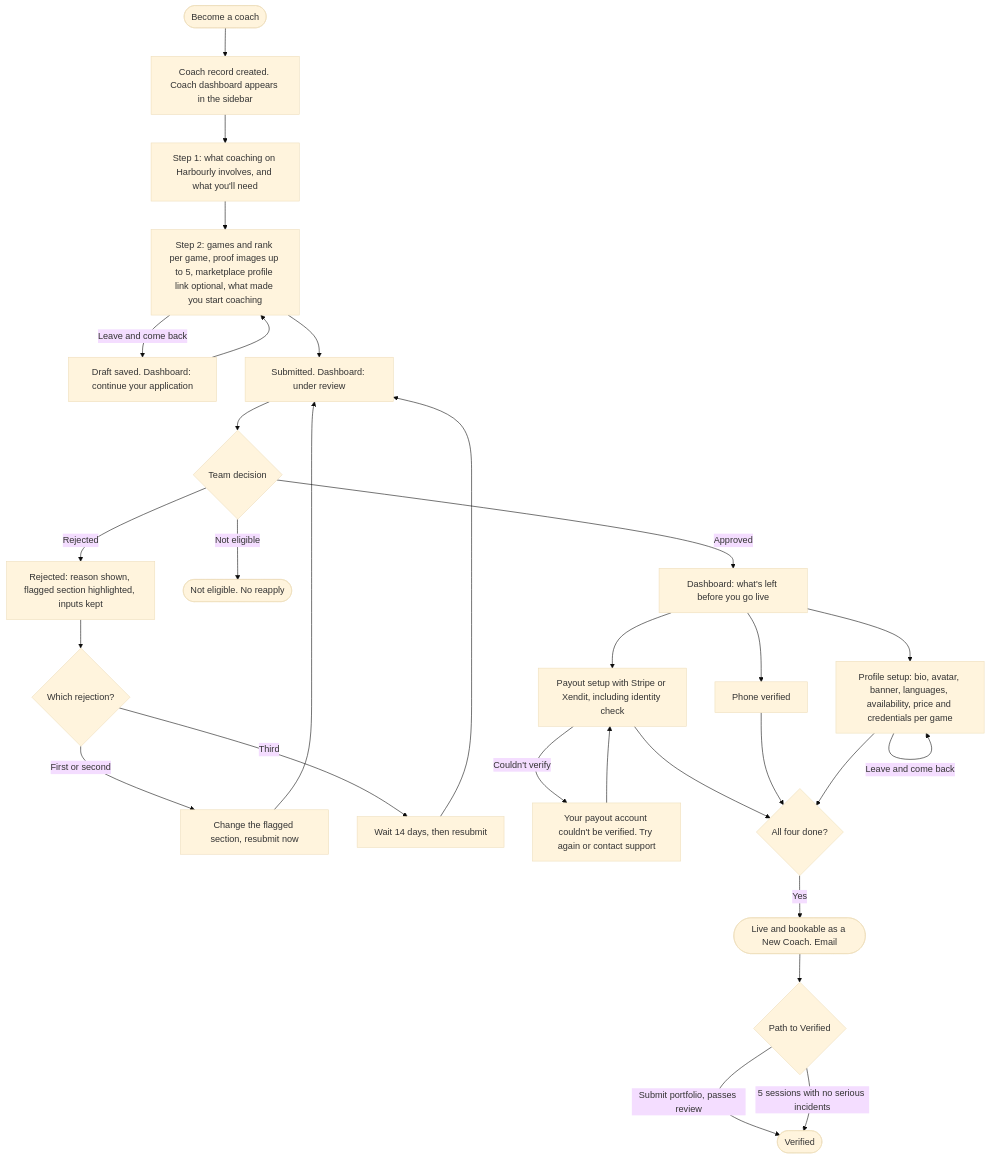
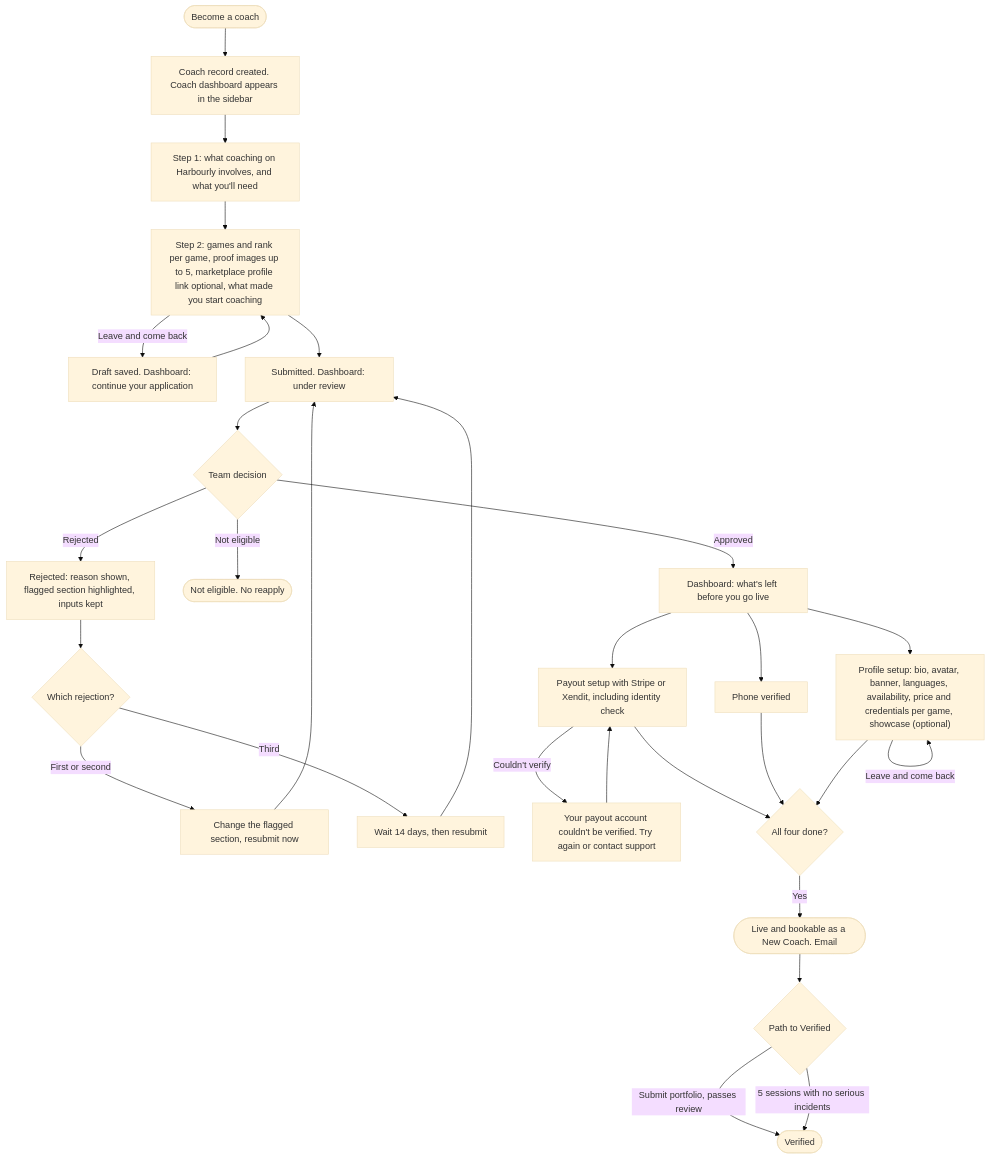
One commit to ILoveWaterSm/Harbourly-Waitlist-2.0 changed the eighth of 13 diagrams in design/USER-FLOW.md. Above: the diagram before and after it, drawn with Mermaid (base theme). The commit also changed other lines of this file and 7 other files, not shown here.

First line of the commit message:
Coach profile: optional showcase gallery after About; Availability after Games at one column

````diff
--- a/design/USER-FLOW.md
+++ b/design/USER-FLOW.md
@@ -231,34 +231,34 @@
 ```mermaid
 flowchart TD
   Become(["Become a coach"]) --> Row["Coach record created. Coach dashboard appears in the sidebar"]
   Row --> Step1["Step 1: what coaching on Harbourly involves, and what you'll need"]
   Step1 --> Step2["Step 2: games and rank per game, proof images up to 5, marketplace profile link optional, what made you start coaching"]
   Step2 -->|"Leave and come back"| Draft["Draft saved. Dashboard: continue your application"]
   Draft --> Step2
   Step2 --> Submitted["Submitted. Dashboard: under review"]
   Submitted --> Decision{"Team decision"}
 
   Decision -->|"Rejected"| Rejected["Rejected: reason shown, flagged section highlighted, inputs kept"]
   Rejected --> Attempts{"Which rejection?"}
   Attempts -->|"First or second"| Fix["Change the flagged section, resubmit now"]
   Attempts -->|"Third"| Wait["Wait 14 days, then resubmit"]
   Fix --> Submitted
   Wait --> Submitted
   Decision -->|"Not eligible"| Closed(["Not eligible. No reapply"])
 
   Decision -->|"Approved"| Gates["Dashboard: what's left before you go live"]
   Gates --> Payout["Payout setup with Stripe or Xendit, including identity check"]
   Payout -->|"Couldn't verify"| PayoutFail["Your payout account couldn't be verified. Try again or contact support"]
   PayoutFail --> Payout
   Gates --> PhoneGate["Phone verified"]
-  Gates --> Setup["Profile setup: bio, avatar, banner, languages, availability, price and credentials per game"]
+  Gates --> Setup["Profile setup: bio, avatar, banner, languages, availability, price and credentials per game, showcase (optional)"]
   Setup -->|"Leave and come back"| Setup
   Payout --> AllDone{"All four done?"}
   PhoneGate --> AllDone
   Setup --> AllDone
   AllDone -->|"Yes"| Live(["Live and bookable as a New Coach. Email"])
 
   Live --> Path{"Path to Verified"}
   Path -->|"Submit portfolio, passes review"| Verified(["Verified"])
   Path -->|"5 sessions with no serious incidents"| Verified
 ```
````
